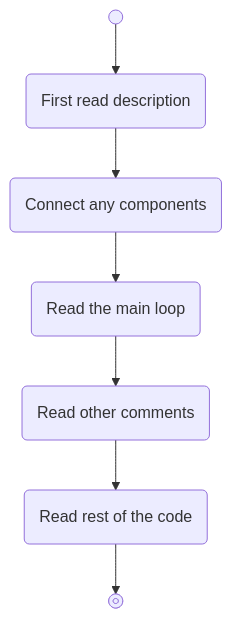
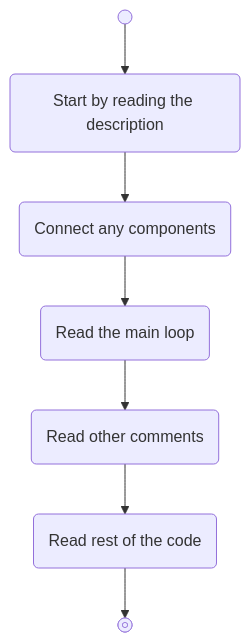
The diagram in getting-started/guide-to-reading-code.md (goatoush/inventorpi.github.io), drawn with Mermaid before and after one commit. The commit also changed other lines of this file and 21 other files, not shown here.

````diff
--- a/getting-started/guide-to-reading-code.md
+++ b/getting-started/guide-to-reading-code.md
@@ -11,11 +11,11 @@
 ```mermaid
 graph TD;
     START@{ shape: sm-circ }
-    A(First read description)
+    A(Start by reading the description)
     B(Connect any components)
     C(Read the main loop)
     D(Read other comments)
     E(Read rest of the code)
     STOP@{ shape: framed-circle }
     START-->A-->B-->C-->D-->E-->STOP
 ```
````
